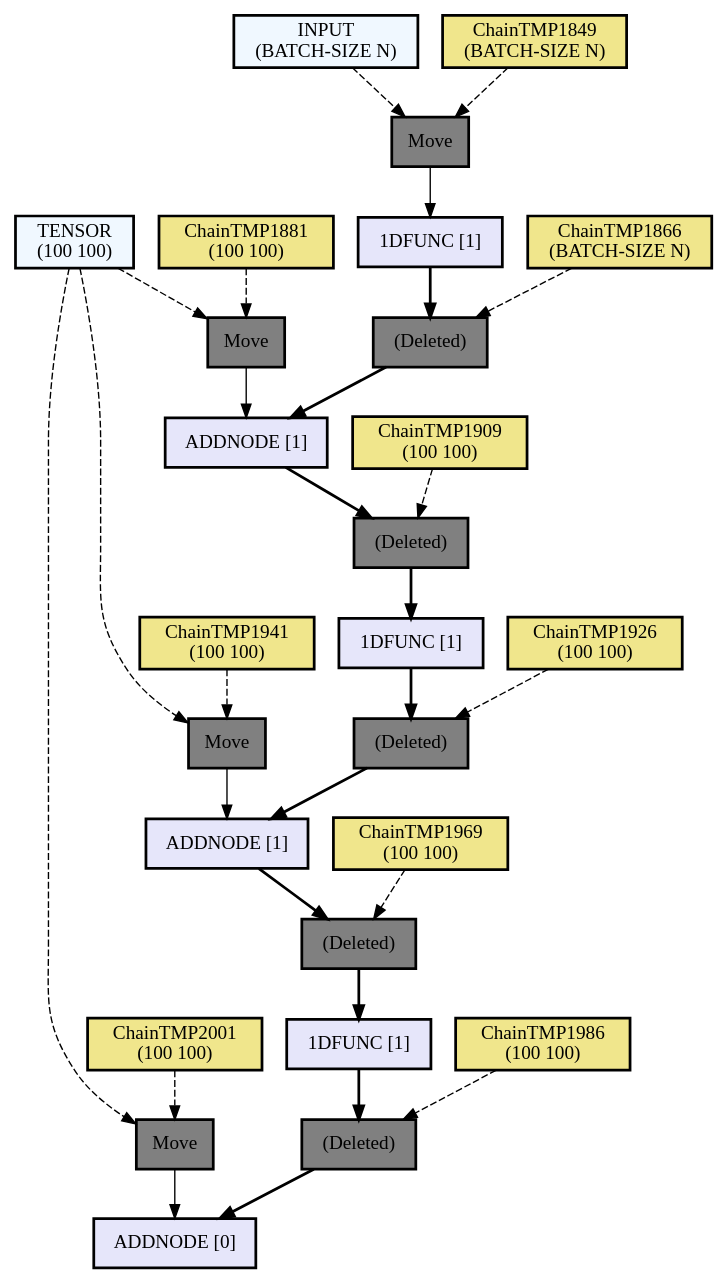
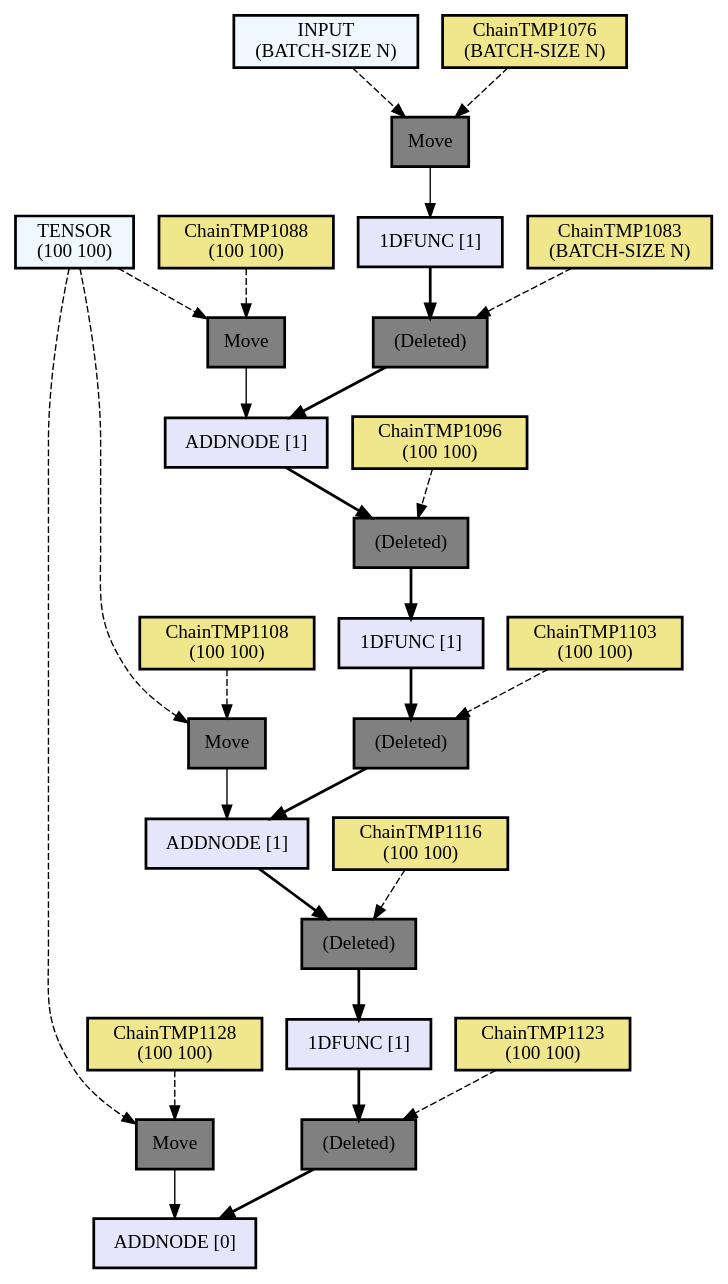
Before and after one commit to hikettei/cl-waffe2: the diagram in assets/out1.dot, drawn with Graphviz. The commit also changed 10 other files, not shown here.

```diff
--- a/assets/out1.dot
+++ b/assets/out1.dot
@@ -1,71 +1,71 @@
 digraph computation_node {
   node[shape="box" style="filled" color="black" penwidth="2"];
   TENSOR [label = "TENSOR
 (100 100)" fillcolor="#f0f8ff" style="filled, solid"];
-  ChainTMP2001 [label = "ChainTMP2001
+  ChainTMP1128 [label = "ChainTMP1128
 (100 100)" fillcolor="#f0e68c" style="filled, solid"];
-  NODE2085 [label = "Move" fillcolor="gray" style="filled, solid"];
+  NODE1172 [label = "Move" fillcolor="gray" style="filled, solid"];
   TENSOR [label = "TENSOR
 (100 100)" fillcolor="#f0f8ff" style="filled, solid"];
-  ChainTMP1941 [label = "ChainTMP1941
+  ChainTMP1108 [label = "ChainTMP1108
 (100 100)" fillcolor="#f0e68c" style="filled, solid"];
-  NODE2082 [label = "Move" fillcolor="gray" style="filled, solid"];
+  NODE1169 [label = "Move" fillcolor="gray" style="filled, solid"];
   TENSOR [label = "TENSOR
 (100 100)" fillcolor="#f0f8ff" style="filled, solid"];
-  ChainTMP1881 [label = "ChainTMP1881
+  ChainTMP1088 [label = "ChainTMP1088
 (100 100)" fillcolor="#f0e68c" style="filled, solid"];
-  NODE2079 [label = "Move" fillcolor="gray" style="filled, solid"];
+  NODE1166 [label = "Move" fillcolor="gray" style="filled, solid"];
   INPUT [label = "INPUT
 (BATCH-SIZE N)" fillcolor="#f0f8ff" style="filled, solid"];
-  ChainTMP1849 [label = "ChainTMP1849
+  ChainTMP1076 [label = "ChainTMP1076
 (BATCH-SIZE N)" fillcolor="#f0e68c" style="filled, solid"];
-  NODE2076 [label = "Move" fillcolor="gray" style="filled, solid"];
-  NODE2075 [label = "1DFUNC [1]" fillcolor="#e6e6fa" style="filled, solid"];
-  ChainTMP1866 [label = "ChainTMP1866
+  NODE1163 [label = "Move" fillcolor="gray" style="filled, solid"];
+  NODE1162 [label = "1DFUNC [1]" fillcolor="#e6e6fa" style="filled, solid"];
+  ChainTMP1083 [label = "ChainTMP1083
 (BATCH-SIZE N)" fillcolor="#f0e68c" style="filled, solid"];
-  NODE2073 [label = "(Deleted)" fillcolor="gray" style="filled, solid"];
-  NODE2072 [label = "ADDNODE [1]" fillcolor="#e6e6fa" style="filled, solid"];
-  ChainTMP1909 [label = "ChainTMP1909
+  NODE1160 [label = "(Deleted)" fillcolor="gray" style="filled, solid"];
+  NODE1159 [label = "ADDNODE [1]" fillcolor="#e6e6fa" style="filled, solid"];
+  ChainTMP1096 [label = "ChainTMP1096
 (100 100)" fillcolor="#f0e68c" style="filled, solid"];
-  NODE2070 [label = "(Deleted)" fillcolor="gray" style="filled, solid"];
-  NODE2069 [label = "1DFUNC [1]" fillcolor="#e6e6fa" style="filled, solid"];
-  ChainTMP1926 [label = "ChainTMP1926
+  NODE1157 [label = "(Deleted)" fillcolor="gray" style="filled, solid"];
+  NODE1156 [label = "1DFUNC [1]" fillcolor="#e6e6fa" style="filled, solid"];
+  ChainTMP1103 [label = "ChainTMP1103
 (100 100)" fillcolor="#f0e68c" style="filled, solid"];
-  NODE2067 [label = "(Deleted)" fillcolor="gray" style="filled, solid"];
-  NODE2066 [label = "ADDNODE [1]" fillcolor="#e6e6fa" style="filled, solid"];
-  ChainTMP1969 [label = "ChainTMP1969
+  NODE1154 [label = "(Deleted)" fillcolor="gray" style="filled, solid"];
+  NODE1153 [label = "ADDNODE [1]" fillcolor="#e6e6fa" style="filled, solid"];
+  ChainTMP1116 [label = "ChainTMP1116
 (100 100)" fillcolor="#f0e68c" style="filled, solid"];
-  NODE2064 [label = "(Deleted)" fillcolor="gray" style="filled, solid"];
-  NODE2063 [label = "1DFUNC [1]" fillcolor="#e6e6fa" style="filled, solid"];
-  ChainTMP1986 [label = "ChainTMP1986
+  NODE1151 [label = "(Deleted)" fillcolor="gray" style="filled, solid"];
+  NODE1150 [label = "1DFUNC [1]" fillcolor="#e6e6fa" style="filled, solid"];
+  ChainTMP1123 [label = "ChainTMP1123
 (100 100)" fillcolor="#f0e68c" style="filled, solid"];
-  NODE2061 [label = "(Deleted)" fillcolor="gray" style="filled, solid"];
-  NODE2060 [label = "ADDNODE [0]" fillcolor="#e6e6fa" style="filled, solid"];
-  NODE2061 -> NODE2060[penwidth="2"];
-  ChainTMP1986 -> NODE2061[style="dashed"];
-  NODE2063 -> NODE2061[penwidth="2"];
-  NODE2064 -> NODE2063[penwidth="2"];
-  ChainTMP1969 -> NODE2064[style="dashed"];
-  NODE2066 -> NODE2064[penwidth="2"];
-  NODE2067 -> NODE2066[penwidth="2"];
-  ChainTMP1926 -> NODE2067[style="dashed"];
-  NODE2069 -> NODE2067[penwidth="2"];
-  NODE2070 -> NODE2069[penwidth="2"];
-  ChainTMP1909 -> NODE2070[style="dashed"];
-  NODE2072 -> NODE2070[penwidth="2"];
-  NODE2073 -> NODE2072[penwidth="2"];
-  ChainTMP1866 -> NODE2073[style="dashed"];
-  NODE2075 -> NODE2073[penwidth="2"];
-  NODE2076 -> NODE2075[weight=10];
-  ChainTMP1849 -> NODE2076[style="dashed"];
-  INPUT -> NODE2076[style="dashed"];
-  NODE2079 -> NODE2072[weight=10];
-  ChainTMP1881 -> NODE2079[style="dashed"];
-  TENSOR -> NODE2079[style="dashed"];
-  NODE2082 -> NODE2066[weight=10];
-  ChainTMP1941 -> NODE2082[style="dashed"];
-  TENSOR -> NODE2082[style="dashed"];
-  NODE2085 -> NODE2060[weight=10];
-  ChainTMP2001 -> NODE2085[style="dashed"];
-  TENSOR -> NODE2085[style="dashed"];
+  NODE1148 [label = "(Deleted)" fillcolor="gray" style="filled, solid"];
+  NODE1147 [label = "ADDNODE [0]" fillcolor="#e6e6fa" style="filled, solid"];
+  NODE1148 -> NODE1147[penwidth="2"];
+  ChainTMP1123 -> NODE1148[style="dashed"];
+  NODE1150 -> NODE1148[penwidth="2"];
+  NODE1151 -> NODE1150[penwidth="2"];
+  ChainTMP1116 -> NODE1151[style="dashed"];
+  NODE1153 -> NODE1151[penwidth="2"];
+  NODE1154 -> NODE1153[penwidth="2"];
+  ChainTMP1103 -> NODE1154[style="dashed"];
+  NODE1156 -> NODE1154[penwidth="2"];
+  NODE1157 -> NODE1156[penwidth="2"];
+  ChainTMP1096 -> NODE1157[style="dashed"];
+  NODE1159 -> NODE1157[penwidth="2"];
+  NODE1160 -> NODE1159[penwidth="2"];
+  ChainTMP1083 -> NODE1160[style="dashed"];
+  NODE1162 -> NODE1160[penwidth="2"];
+  NODE1163 -> NODE1162[weight=10];
+  ChainTMP1076 -> NODE1163[style="dashed"];
+  INPUT -> NODE1163[style="dashed"];
+  NODE1166 -> NODE1159[weight=10];
+  ChainTMP1088 -> NODE1166[style="dashed"];
+  TENSOR -> NODE1166[style="dashed"];
+  NODE1169 -> NODE1153[weight=10];
+  ChainTMP1108 -> NODE1169[style="dashed"];
+  TENSOR -> NODE1169[style="dashed"];
+  NODE1172 -> NODE1147[weight=10];
+  ChainTMP1128 -> NODE1172[style="dashed"];
+  TENSOR -> NODE1172[style="dashed"];
 }
```
